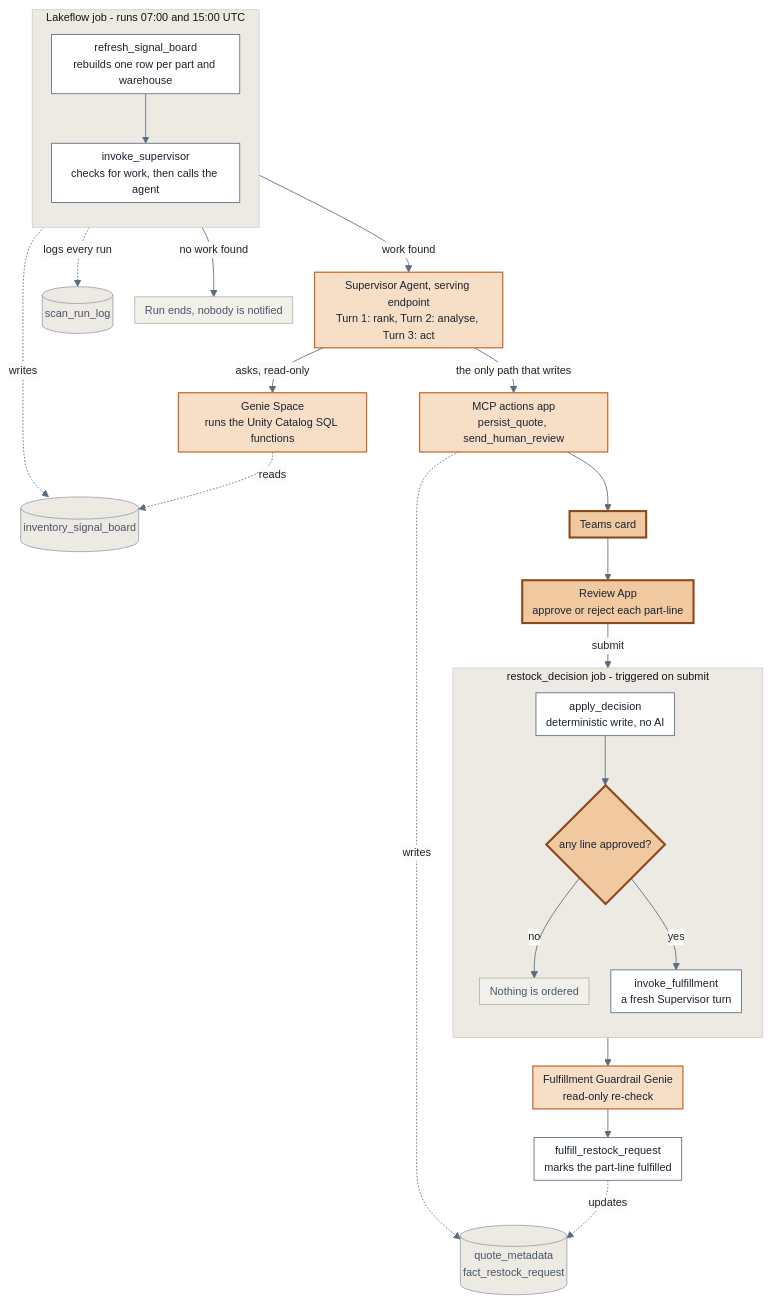
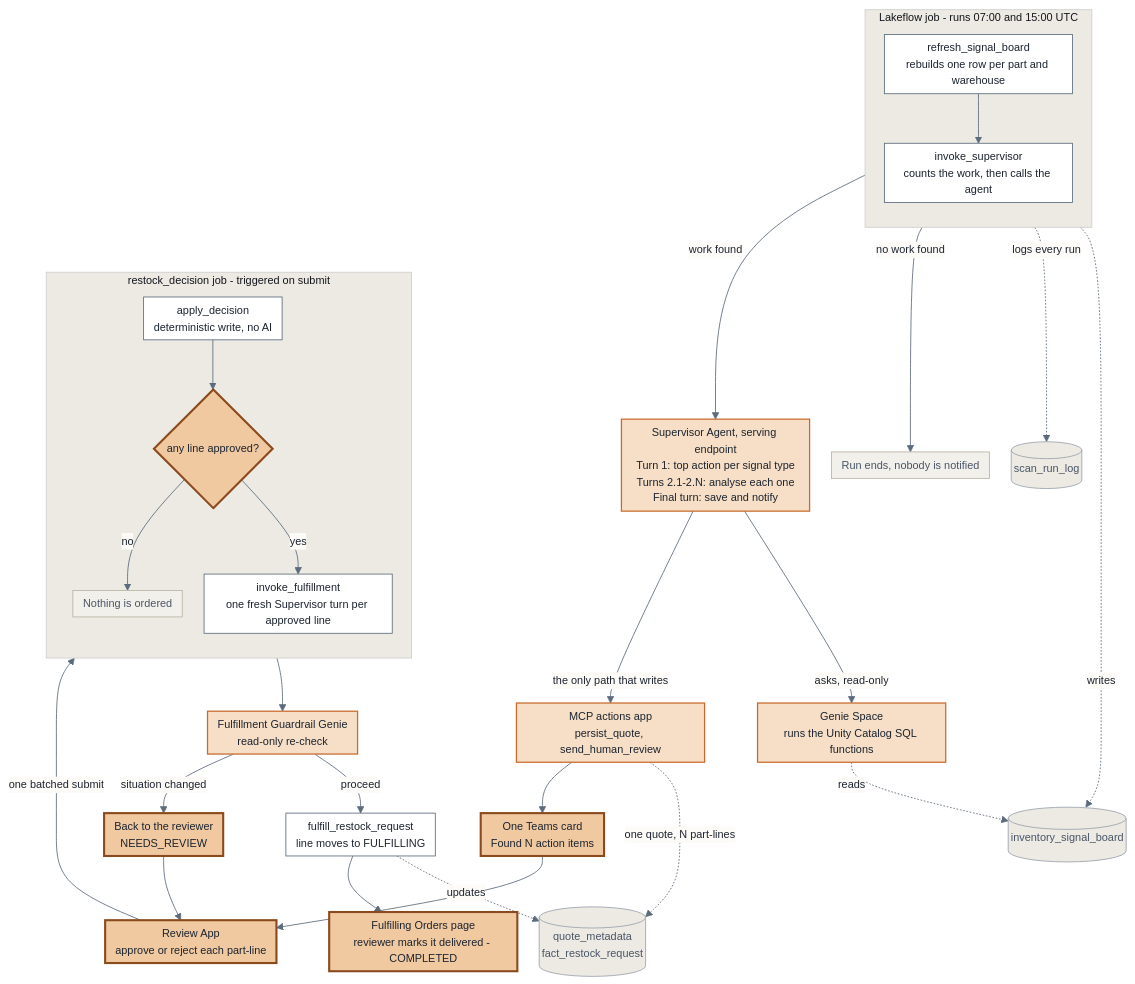
Before and after one commit to anurag-foc/restock_agent: the diagram in docs/end_to_end_walkthrough.md, drawn with Mermaid. The commit also changed other lines of this file and 9 other files, not shown here.

````diff
--- a/docs/end_to_end_walkthrough.md
+++ b/docs/end_to_end_walkthrough.md
@@ -27,52 +39,55 @@
 ```mermaid
 %%{init: {"theme":"base","flowchart":{"useMaxWidth":true,"nodeSpacing":26,"rankSpacing":34,"padding":6,"curve":"basis"},"themeVariables":{"background":"#fdfbf7","primaryColor":"#ffffff","primaryTextColor":"#1c2430","primaryBorderColor":"#5b6b7c","secondaryColor":"#f6dfc6","tertiaryColor":"#eceae3","lineColor":"#5b6b7c","textColor":"#1c2430","nodeTextColor":"#1c2430","edgeLabelBackground":"#fdfbf7","fontSize":"13px"}}}%%
 flowchart TD
     subgraph JOB1["Lakeflow job - runs 07:00 and 15:00 UTC"]
         direction TB
         A["refresh_signal_board<br/>rebuilds one row per part and warehouse"]
-        B["invoke_supervisor<br/>checks for work, then calls the agent"]
+        B["invoke_supervisor<br/>counts the work, then calls the agent"]
         A --> B
     end
 
     A -. writes .-> BOARD[("inventory_signal_board")]
     B -. logs every run .-> LOG[("scan_run_log")]
 
     B -->|"no work found"| NOOP["Run ends, nobody is notified"]
-    B -->|"work found"| SUP["Supervisor Agent, serving endpoint<br/>Turn 1: rank, Turn 2: analyse, Turn 3: act"]
+    B -->|"work found"| SUP["Supervisor Agent, serving endpoint<br/>Turn 1: top action per signal type<br/>Turns 2.1-2.N: analyse each one<br/>Final turn: save and notify"]
 
     SUP -->|"asks, read-only"| GENIE["Genie Space<br/>runs the Unity Catalog SQL functions"]
     GENIE -. reads .-> BOARD
     SUP -->|"the only path that writes"| MCP["MCP actions app<br/>persist_quote, send_human_review"]
-    MCP -. writes .-> QUOTE[("quote_metadata<br/>fact_restock_request")]
-    MCP --> TEAMS["Teams card"]
+    MCP -. "one quote, N part-lines" .-> QUOTE[("quote_metadata<br/>fact_restock_request")]
+    MCP --> TEAMS["One Teams card<br/>Found N action items"]
 
     TEAMS --> APP["Review App<br/>approve or reject each part-line"]
 
     subgraph JOB2["restock_decision job - triggered on submit"]
         direction TB
         C["apply_decision<br/>deterministic write, no AI"]
         D{"any line approved?"}
         NONE["Nothing is ordered"]
-        E["invoke_fulfillment<br/>a fresh Supervisor turn"]
+        E["invoke_fulfillment<br/>one fresh Supervisor turn per approved line"]
         C --> D
         D -->|"no"| NONE
         D -->|"yes"| E
     end
 
-    APP -->|"submit"| C
+    APP -->|"one batched submit"| C
 
     E --> GUARD["Fulfillment Guardrail Genie<br/>read-only re-check"]
-    GUARD --> FUL["fulfill_restock_request<br/>marks the part-line fulfilled"]
+    GUARD -->|"proceed"| FUL["fulfill_restock_request<br/>line moves to FULFILLING"]
+    GUARD -->|"situation changed"| BACK["Back to the reviewer<br/>NEEDS_REVIEW"]
     FUL -. updates .-> QUOTE
+    FUL --> DELIV["Fulfilling Orders page<br/>reviewer marks it delivered - COMPLETED"]
+    BACK --> APP
 
     classDef task fill:#ffffff,stroke:#5b6b7c,stroke-width:1px,color:#1c2430
     classDef ai fill:#f6dfc6,stroke:#c76b2c,stroke-width:1.5px,color:#1c2430
     classDef human fill:#f0c9a0,stroke:#8a4a1d,stroke-width:2.5px,color:#1c2430
     classDef data fill:#eceae3,stroke:#9aa3ad,stroke-width:1px,color:#4a5568
     classDef quiet fill:#f2f0ea,stroke:#b9b3a6,stroke-width:1px,color:#4a5568
     class A,B,C,E,FUL task
     class SUP,GENIE,MCP,GUARD ai
-    class D,APP,TEAMS human
+    class D,APP,TEAMS,DELIV,BACK human
     class BOARD,LOG,QUOTE data
     class NOOP,NONE quiet
 ```
````
